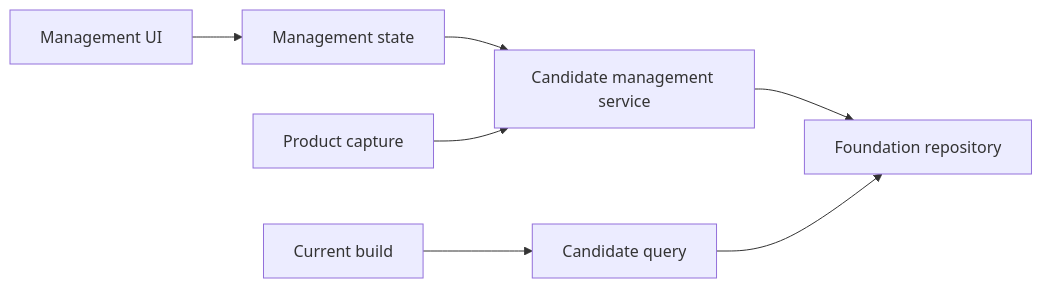
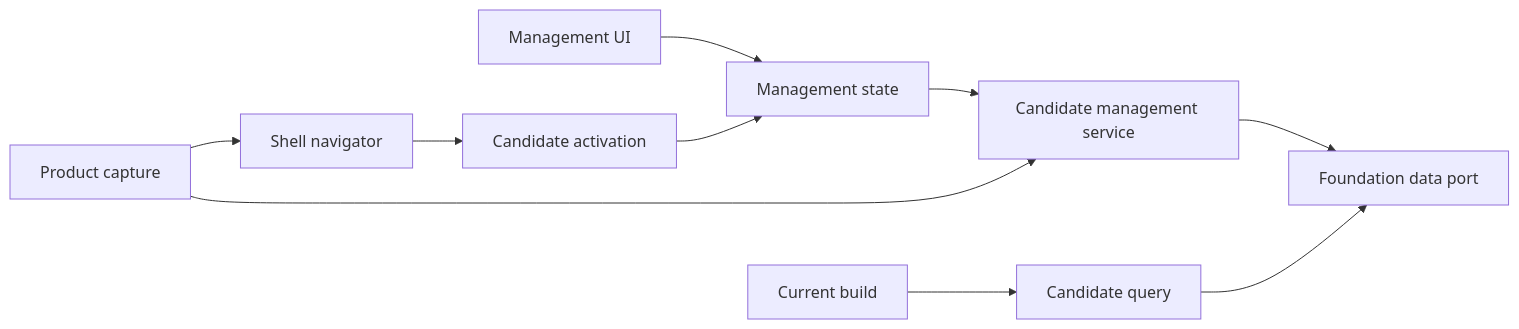
The first of 2 diagrams in .kiro/specs/project-candidate-management/design.md (Huruikagi/pc-build-planner), drawn with Mermaid before and after one commit. The commit also changed other lines of this file and 20 other files, not shown here.

````diff
--- a/.kiro/specs/project-candidate-management/design.md
+++ b/.kiro/specs/project-candidate-management/design.md
@@ -43,9 +47,12 @@
 ```mermaid
 graph LR
     UI[Management UI] --> VM[Management state]
     VM --> Service[Candidate management service]
     Capture[Product capture] --> Service
     Build[Current build] --> Query[Candidate query]
-    Service --> Repo[Foundation repository]
-    Query --> Repo
+    Service --> Data[Foundation data port]
+    Query --> Data
+    Capture --> Navigator[Shell navigator]
+    Navigator --> Activation[Candidate activation]
+    Activation --> VM
 ```
````
